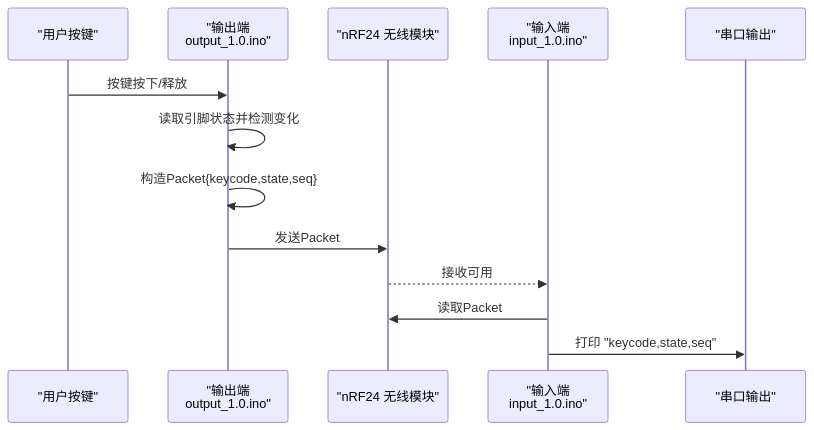
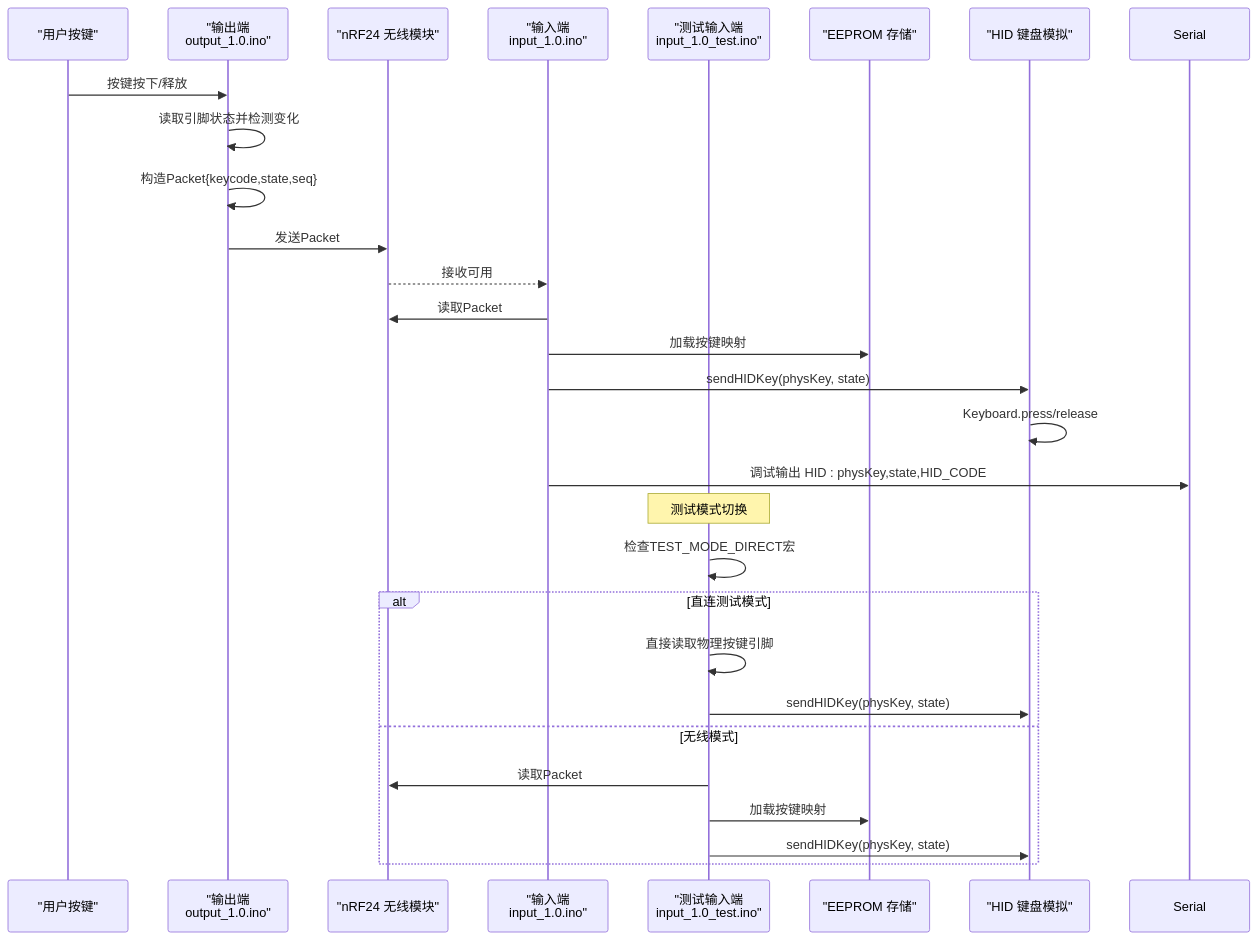
The second of 6 diagrams in .qoder/repowiki/zh/content/硬件系统设计/固件实现细节.md (Hankun-P/wireless-keyboard-toy), drawn with Mermaid before and after one commit. The commit also changed other lines of this file and 11 other files, not shown here.

````diff
--- a/.qoder/repowiki/zh/content/硬件系统设计/固件实现细节.md
+++ b/.qoder/repowiki/zh/content/硬件系统设计/固件实现细节.md
@@ -106,15 +127,30 @@
 ```mermaid
 sequenceDiagram
 participant User as "用户按键"
 participant Out as "输出端<br/>output_1.0.ino"
 participant Radio as "nRF24 无线模块"
 participant Inp as "输入端<br/>input_1.0.ino"
-participant Serial as "串口输出"
+participant Test as "测试输入端<br/>input_1.0_test.ino"
+participant EEPROM as "EEPROM 存储"
+participant HID as "HID 键盘模拟"
 User->>Out : 按键按下/释放
 Out->>Out : 读取引脚状态并检测变化
 Out->>Out : 构造Packet{keycode,state,seq}
 Out->>Radio : 发送Packet
 Radio-->>Inp : 接收可用
 Inp->>Radio : 读取Packet
-Inp->>Serial : 打印 "keycode,state,seq"
+Inp->>EEPROM : 加载按键映射
+Inp->>HID : sendHIDKey(physKey, state)
+HID->>HID : Keyboard.press/release
+Inp->>Serial : 调试输出 HID : physKey,state,HID_CODE
+Note over Test : 测试模式切换
+Test->>Test : 检查TEST_MODE_DIRECT宏
+alt 直连测试模式
+Test->>Test : 直接读取物理按键引脚
+Test->>HID : sendHIDKey(physKey, state)
+else 无线模式
+Test->>Radio : 读取Packet
+Test->>EEPROM : 加载按键映射
+Test->>HID : sendHIDKey(physKey, state)
+end
 ```
````
